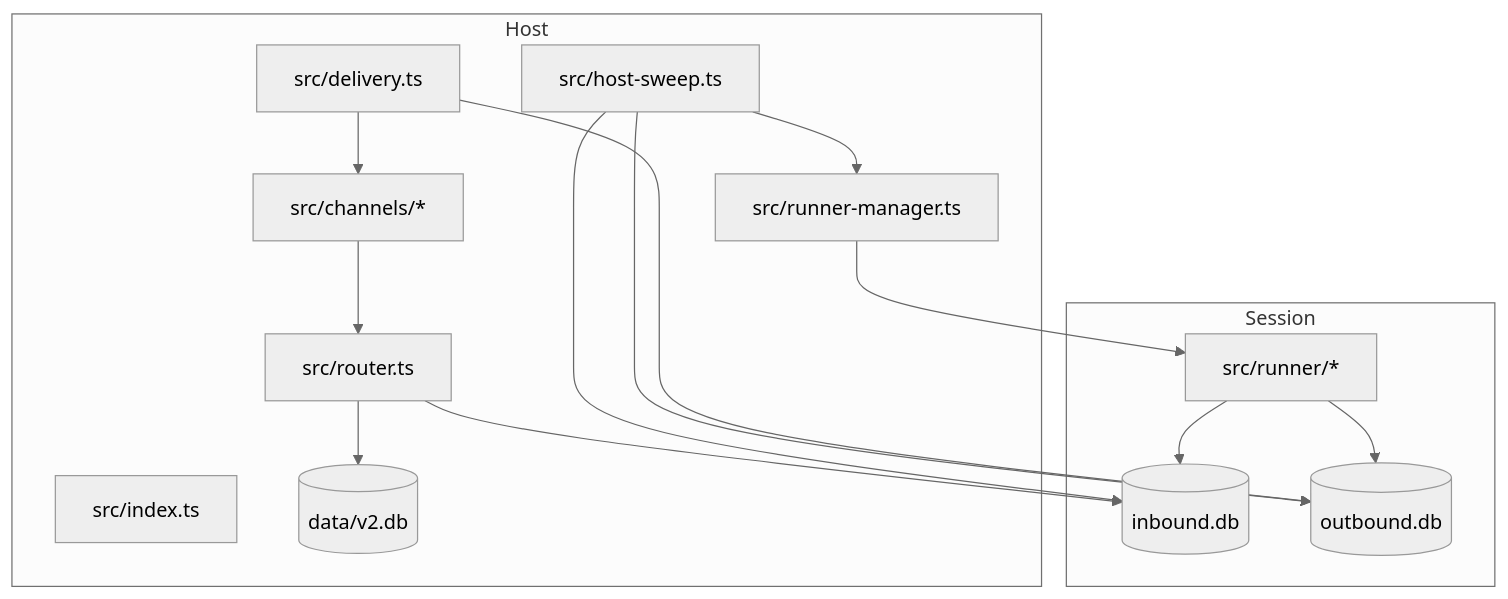
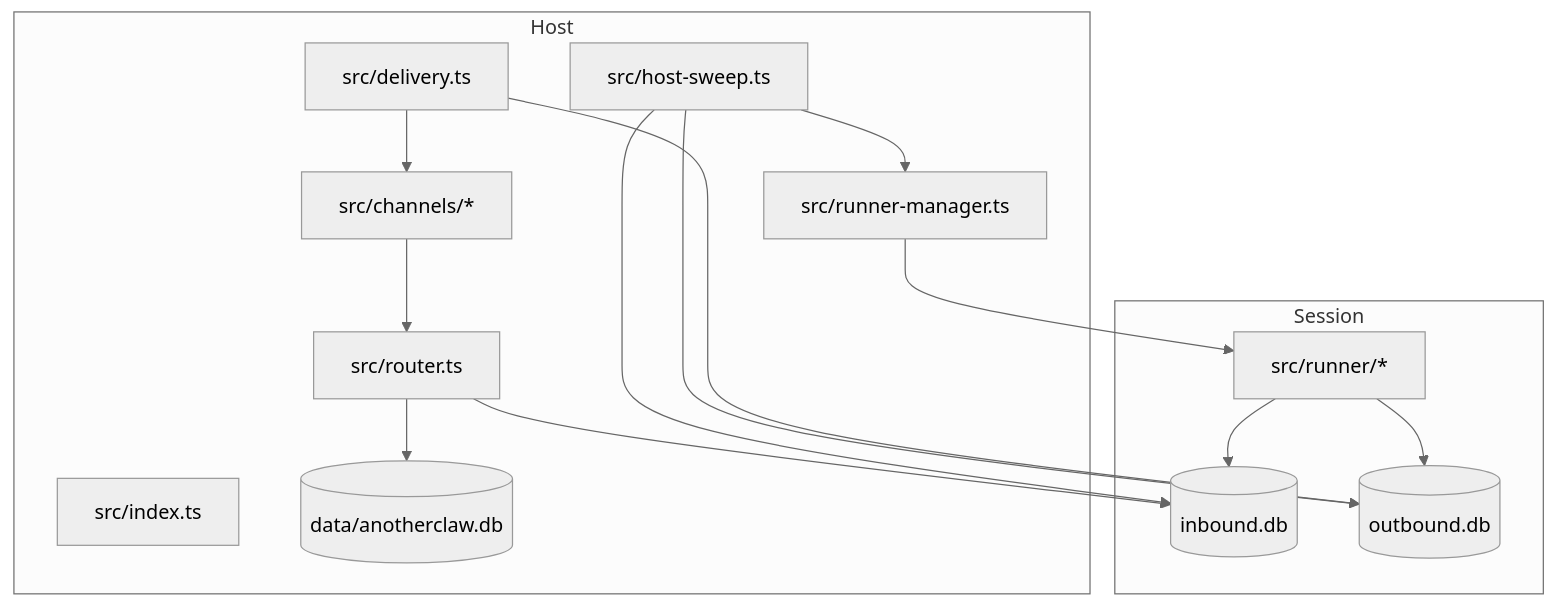
The diagram in docs/wiki/architecture.md (xup5/newclaw), drawn with Mermaid (neutral theme) before and after one commit. The commit also changed other lines of this file and 4 other files, not shown here.

````diff
--- a/docs/wiki/architecture.md
+++ b/docs/wiki/architecture.md
@@ -5,30 +5,30 @@
 ```mermaid
 flowchart TB
   subgraph Host
     Index[src/index.ts]
     Channels[src/channels/*]
     Router[src/router.ts]
     Delivery[src/delivery.ts]
     Sweep[src/host-sweep.ts]
     Manager[src/runner-manager.ts]
-    Central[(data/v2.db)]
+    Central[(data/anotherclaw.db)]
   end
 
   subgraph Session
     Inbound[(inbound.db)]
     Outbound[(outbound.db)]
     Runner[src/runner/*]
   end
 
   Channels --> Router
   Router --> Central
   Router --> Inbound
   Sweep --> Inbound
   Sweep --> Outbound
   Sweep --> Manager
   Manager --> Runner
   Runner --> Inbound
   Runner --> Outbound
   Delivery --> Outbound
   Delivery --> Channels
 ```
````
